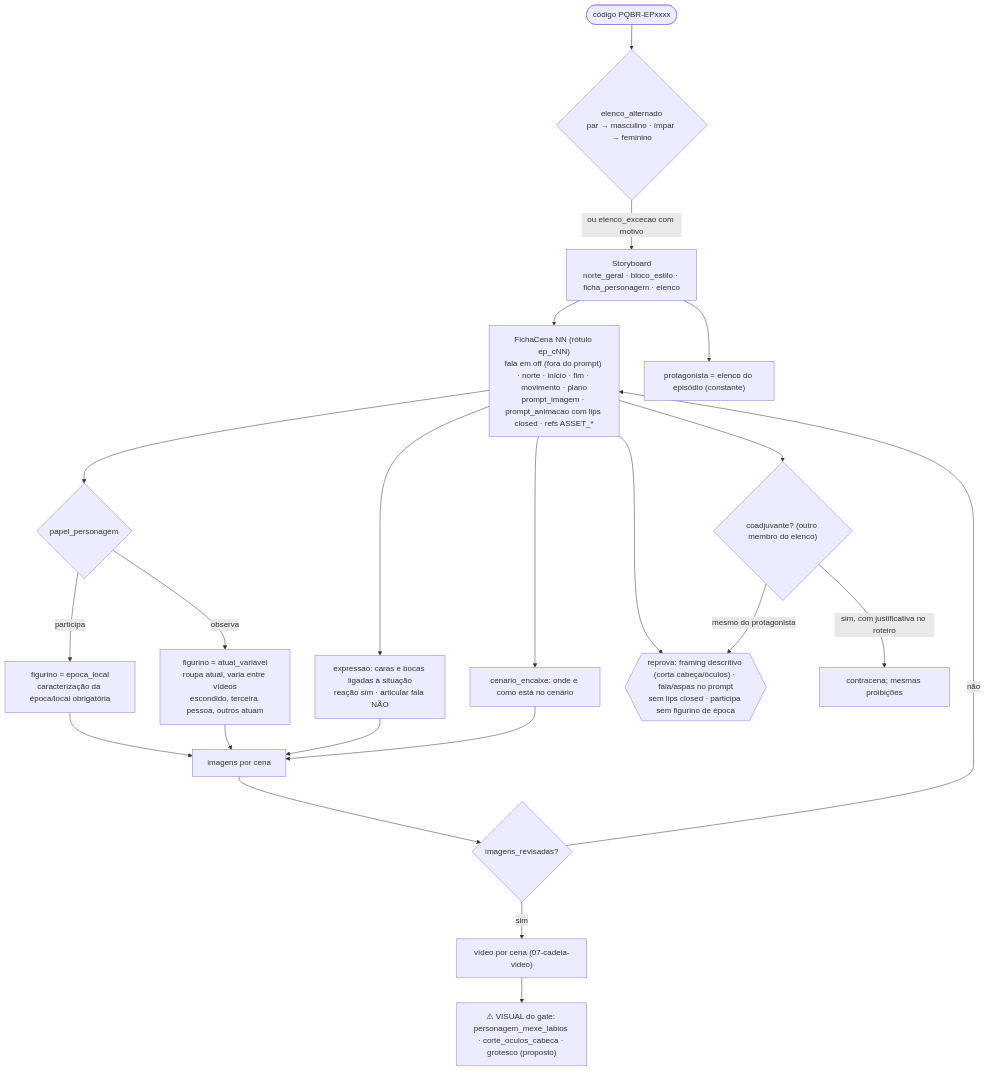
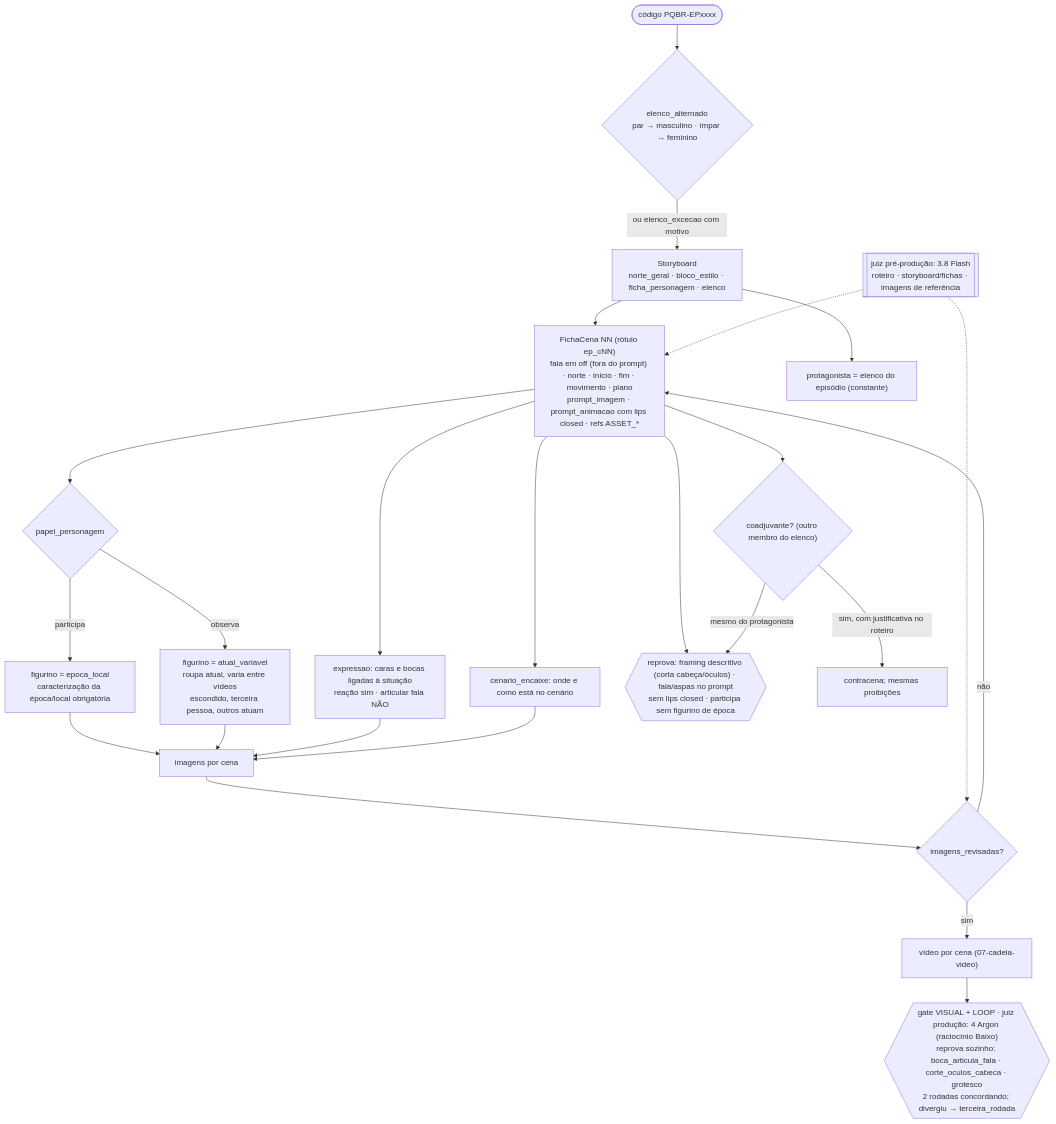
One commit to jvmendesjr/PQBR changed the diagram in docs/mapa/12-storyboard-elenco.mmd. Above: the diagram before and after it, drawn with Mermaid. The commit also changed 4 other files, not shown here.

Commit message:
ops(t109u): migração 0020, worker reiniciado com juiz por etapa; mapa 12

```diff
--- a/docs/mapa/12-storyboard-elenco.mmd
+++ b/docs/mapa/12-storyboard-elenco.mmd
@@ -1,21 +1,25 @@
 %% Storyboard em série, personagem e elenco (t75u–t78u, 26/10/2026). Regra central do José: CONTRATO-EDITORIAL §18, REGRAS §25.
+%% t108u: juízes por etapa.
 %% Contrato: src/pqbr/contratos/storyboard.py (FichaCena/Storyboard 1.1.0). Fichas do elenco: config/estilo_visual.json → elenco.
 flowchart TD
   COD(["código PQBR-EPxxxx"]) --> ALT{"elenco_alternado<br/>par → masculino · ímpar → feminino"}
   ALT -->|ou elenco_excecao com motivo| SB["Storyboard<br/>norte_geral · bloco_estilo · ficha_personagem · elenco"]
   SB --> FC["FichaCena NN (rótulo ep_cNN)<br/>fala em off (fora do prompt) · norte · início · fim · movimento · plano<br/>prompt_imagem · prompt_animacao com lips closed · refs ASSET_*"]
   FC --> PAP{"papel_personagem"}
   PAP -->|participa| EPO["figurino = epoca_local<br/>caracterização da época/local obrigatória"]
   PAP -->|observa| ATU["figurino = atual_variavel<br/>roupa atual, varia entre vídeos<br/>escondido, terceira pessoa, outros atuam"]
   FC --> EXP["expressao: caras e bocas ligadas à situação<br/>reação sim · articular fala NÃO"]
   FC --> ENC["cenario_encaixe: onde e como está no cenário"]
   FC --> PROI{{"reprova: framing descritivo (corta cabeça/óculos) · fala/aspas no prompt<br/>sem lips closed · participa sem figurino de época"}}
   EPO & ATU & EXP & ENC --> IMG["imagens por cena"] --> REV{"imagens_revisadas?"}
   REV -- não --> FC
   REV -- sim --> VID["vídeo por cena (07-cadeia-video)"]
-  VID --> VIS["⚠ VISUAL do gate: personagem_mexe_labios · corte_oculos_cabeca · grotesco (proposto)"]
+  %% t108u: juiz Gemini por etapa (config/motores.json → gemini_juiz, contrato juiz_gemini 1.0.0)
+  JPRE[["juiz pré-produção: 3.8 Flash<br/>roteiro · storyboard/fichas · imagens de referência"]] -.-> FC
+  JPRE -.-> REV
+  VID --> VIS{{"gate VISUAL + LOOP · juiz produção: 4 Argon (raciocínio Baixo)<br/>reprova sozinho: boca_articula_fala · corte_oculos_cabeca · grotesco<br/>2 rodadas concordando; divergiu → terceira_rodada"}}
   %% t79u: protagonista único + coadjuvante opcional
   SB --> PROT["protagonista = elenco do episódio (constante)"]
   FC --> CO{"coadjuvante? (outro membro do elenco)"}
   CO -->|sim, com justificativa no roteiro| CJ["contracena; mesmas proibições"]
   CO -->|mesmo do protagonista| PROI
```
